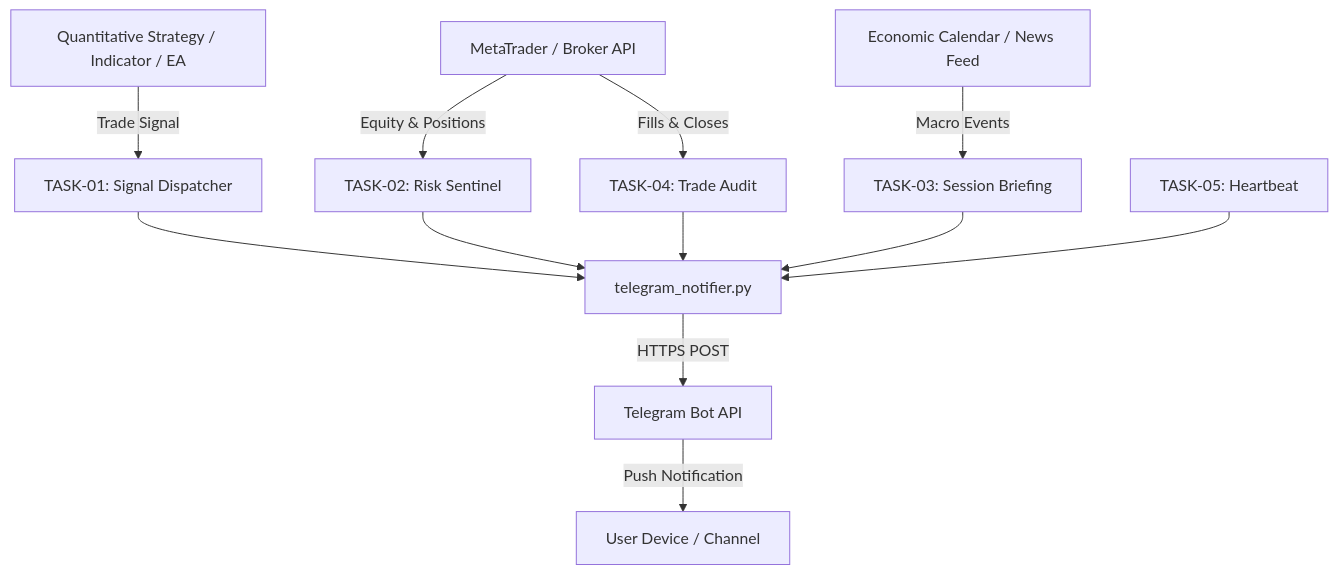
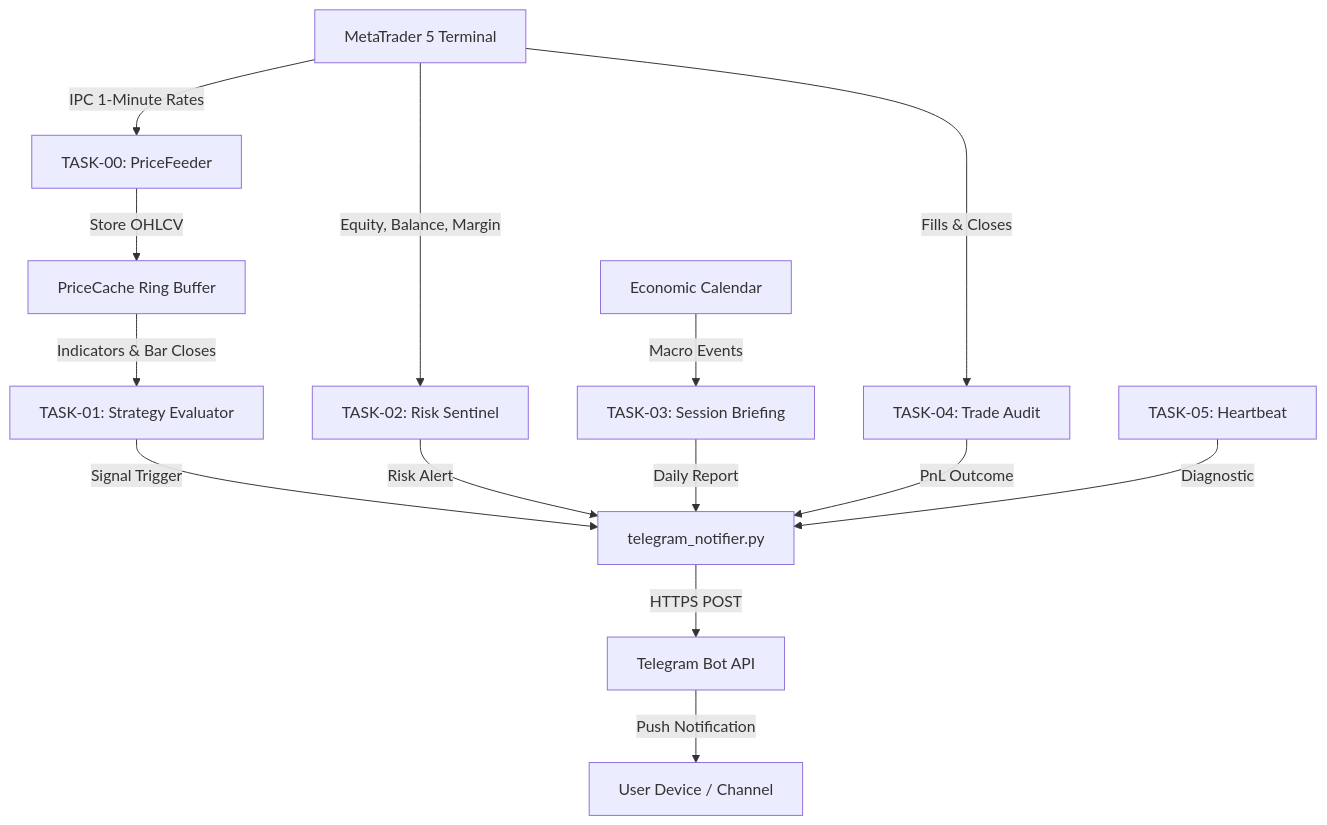
The diagram in docs/architecture.md (saeedKhodor/TradingJarvis), drawn with Mermaid before and after one commit. The commit also changed other lines of this file and 9 other files, not shown here.

Commit message:
[Feature] MetaTrader 5 1-minute real-time price feed engine

````diff
--- a/docs/architecture.md
+++ b/docs/architecture.md
@@ -21,16 +22,18 @@
 ```mermaid
 flowchart TD
-    Strategy[Quantitative Strategy / Indicator / EA] -->|Trade Signal| Task01[TASK-01: Signal Dispatcher]
-    Broker[MetaTrader / Broker API] -->|Equity & Positions| Task02[TASK-02: Risk Sentinel]
-    Broker -->|Fills & Closes| Task04[TASK-04: Trade Audit]
-    Calendar[Economic Calendar / News Feed] -->|Macro Events| Task03[TASK-03: Session Briefing]
+    MT5[MetaTrader 5 Terminal] -->|IPC 1-Minute Rates| Feeder[TASK-00: PriceFeeder]
+    Feeder -->|Store OHLCV| Cache[PriceCache Ring Buffer]
+    Cache -->|Indicators & Bar Closes| Strategy[TASK-01: Strategy Evaluator]
+    MT5 -->|Equity, Balance, Margin| Sentinel[TASK-02: Risk Sentinel]
+    MT5 -->|Fills & Closes| Journal[TASK-04: Trade Audit]
+    Calendar[Economic Calendar] -->|Macro Events| Briefing[TASK-03: Session Briefing]
 
-    Task01 --> Notifier[telegram_notifier.py]
-    Task02 --> Notifier
-    Task03 --> Notifier
-    Task04 --> Notifier
-    Task05[TASK-05: Heartbeat] --> Notifier
+    Strategy -->|Signal Trigger| Notifier[telegram_notifier.py]
+    Sentinel -->|Risk Alert| Notifier
+    Briefing -->|Daily Report| Notifier
+    Journal -->|PnL Outcome| Notifier
+    Heartbeat[TASK-05: Heartbeat] -->|Diagnostic| Notifier
 
     Notifier -->|HTTPS POST| TelegramAPI[Telegram Bot API]
     TelegramAPI -->|Push Notification| TelegramUser[User Device / Channel]
 ```
````
